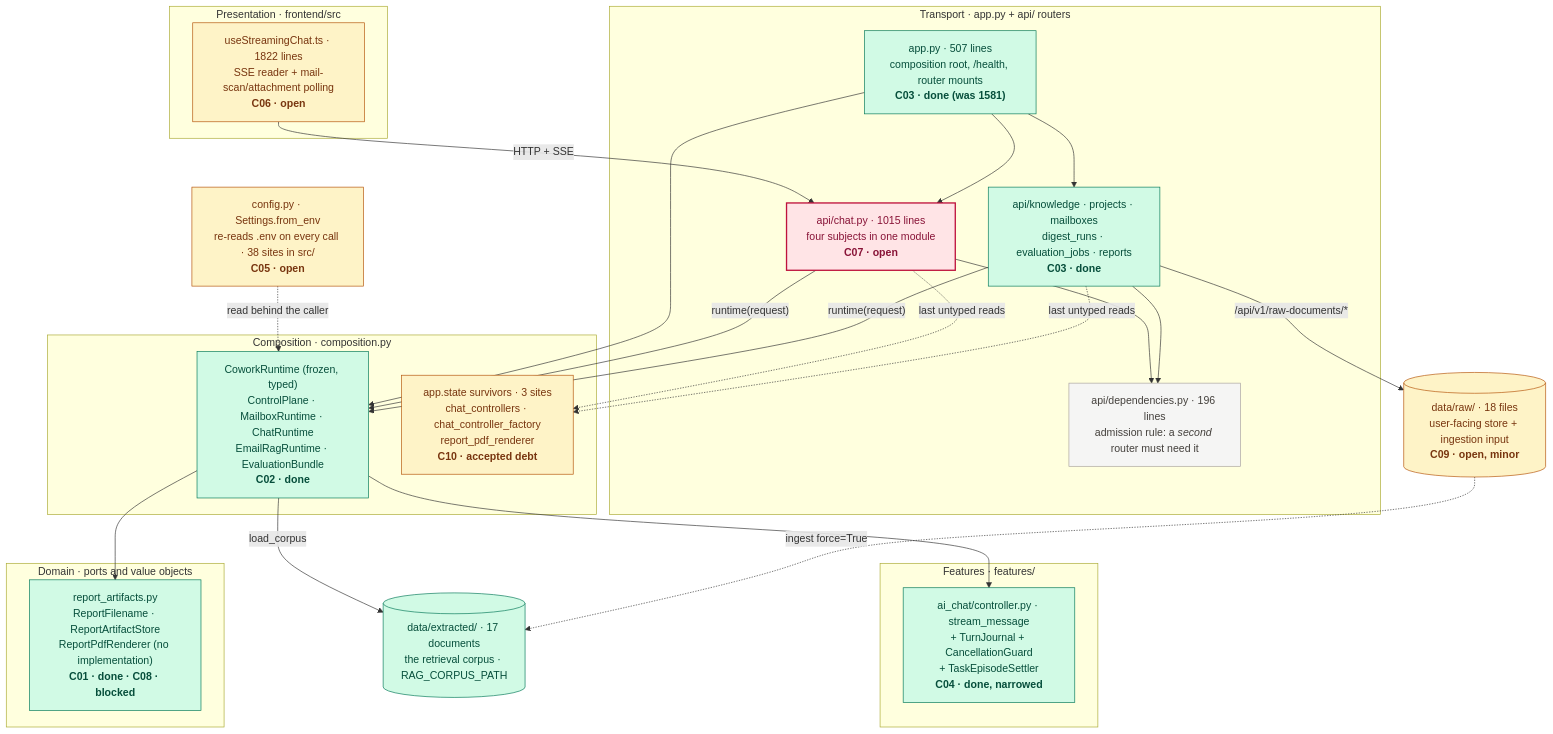
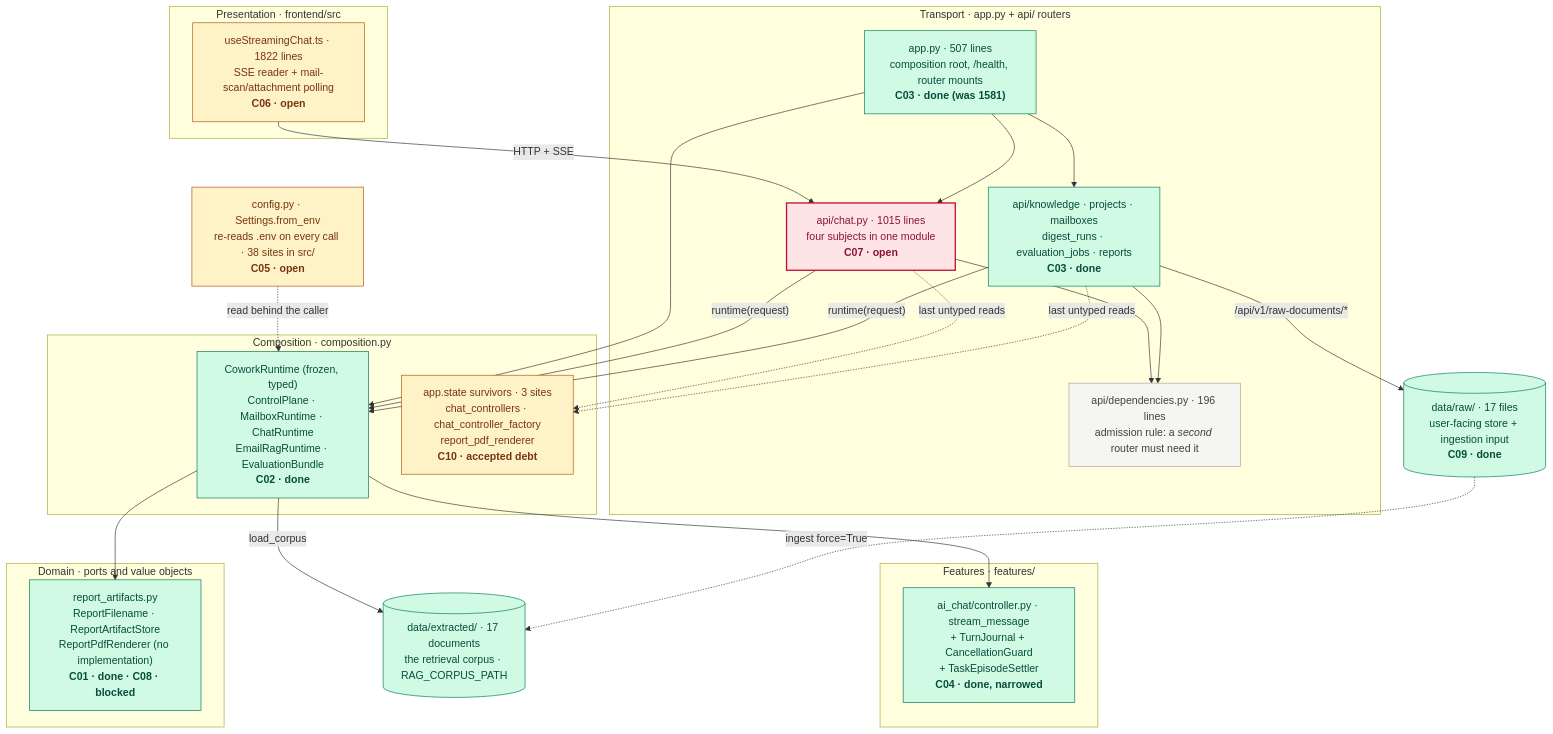
The first of 5 diagrams in tasks/specs/SPEC-architecture-improvement-program.md (MathematicGuy/EMAIL-AGENT-v1), drawn with Mermaid before and after one commit. The commit also changed other lines of this file and 2 other files, not shown here.

First line of the commit message:
chore(corpus): move the OCR source PDF out of the ingestion input

````diff
--- a/tasks/specs/SPEC-architecture-improvement-program.md
+++ b/tasks/specs/SPEC-architecture-improvement-program.md
@@ -59,56 +59,56 @@
 ```mermaid
 flowchart TB
     subgraph PRESENTATION["Presentation · frontend/src"]
         HOOK["useStreamingChat.ts · 1822 lines<br/>SSE reader + mail-scan/attachment polling<br/><b>C06 · open</b>"]
     end
 
     subgraph TRANSPORT["Transport · app.py + api/ routers"]
         APP["app.py · 507 lines<br/>composition root, /health, router mounts<br/><b>C03 · done (was 1581)</b>"]
         CHAT["api/chat.py · 1015 lines<br/>four subjects in one module<br/><b>C07 · open</b>"]
         SIB["api/knowledge · projects · mailboxes<br/>digest_runs · evaluation_jobs · reports<br/><b>C03 · done</b>"]
         DEPS["api/dependencies.py · 196 lines<br/>admission rule: a <i>second</i> router must need it"]
     end
 
     subgraph COMPOSITION["Composition · composition.py"]
         RT["CoworkRuntime (frozen, typed)<br/>ControlPlane · MailboxRuntime · ChatRuntime<br/>EmailRagRuntime · EvaluationBundle<br/><b>C02 · done</b>"]
         SURV["app.state survivors · 3 sites<br/>chat_controllers · chat_controller_factory<br/>report_pdf_renderer<br/><b>C10 · accepted debt</b>"]
     end
 
     subgraph FEATURES["Features · features/"]
         CTRL["ai_chat/controller.py · stream_message<br/>+ TurnJournal + CancellationGuard<br/>+ TaskEpisodeSettler<br/><b>C04 · done, narrowed</b>"]
     end
 
     subgraph DOMAIN["Domain · ports and value objects"]
         RA["report_artifacts.py<br/>ReportFilename · ReportArtifactStore<br/>ReportPdfRenderer (no implementation)<br/><b>C01 · done · C08 · blocked</b>"]
     end
 
     CFG["config.py · Settings.from_env<br/>re-reads .env on every call · 38 sites in src/<br/><b>C05 · open</b>"]
     CORPUS[("data/extracted/ · 17 documents<br/>the retrieval corpus · RAG_CORPUS_PATH")]
-    RAWDIR[("data/raw/ · 18 files<br/>user-facing store + ingestion input<br/><b>C09 · open, minor</b>")]
+    RAWDIR[("data/raw/ · 17 files<br/>user-facing store + ingestion input<br/><b>C09 · done</b>")]
 
     HOOK -->|"HTTP + SSE"| CHAT
     APP --> CHAT
     APP --> SIB
     CHAT --> DEPS
     SIB --> DEPS
     APP --> RT
     CHAT -->|"runtime(request)"| RT
     SIB -->|"runtime(request)"| RT
     RT --> CTRL
     RT --> RA
     RT -->|"load_corpus"| CORPUS
     SIB -->|"/api/v1/raw-documents/*"| RAWDIR
     RAWDIR -. "ingest force=True" .-> CORPUS
     CHAT -. "last untyped reads" .-> SURV
     SIB -. "last untyped reads" .-> SURV
     CFG -. "read behind the caller" .-> RT
 
     classDef done fill:#d1fae5,stroke:#047857,color:#064e3b;
     classDef open fill:#fef3c7,stroke:#b45309,color:#78350f;
     classDef outlier fill:#ffe4e6,stroke:#be123c,color:#881337,stroke-width:2px;
     classDef plain fill:#f5f5f4,stroke:#a8a29e,color:#44403c;
-    class APP,SIB,RT,CTRL,RA,CORPUS done;
-    class HOOK,CFG,RAWDIR,SURV open;
+    class APP,SIB,RT,CTRL,RA,CORPUS,RAWDIR done;
+    class HOOK,CFG,SURV open;
     class CHAT outlier;
     class DEPS plain;
 ```
````
